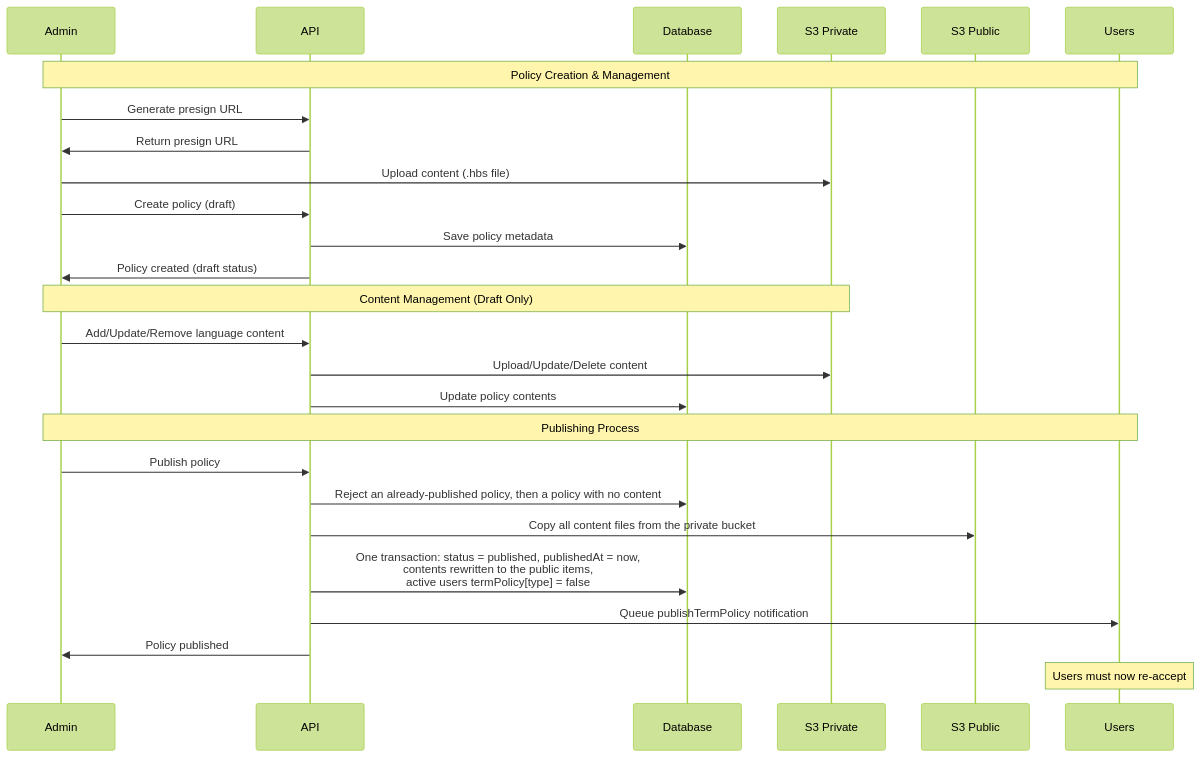
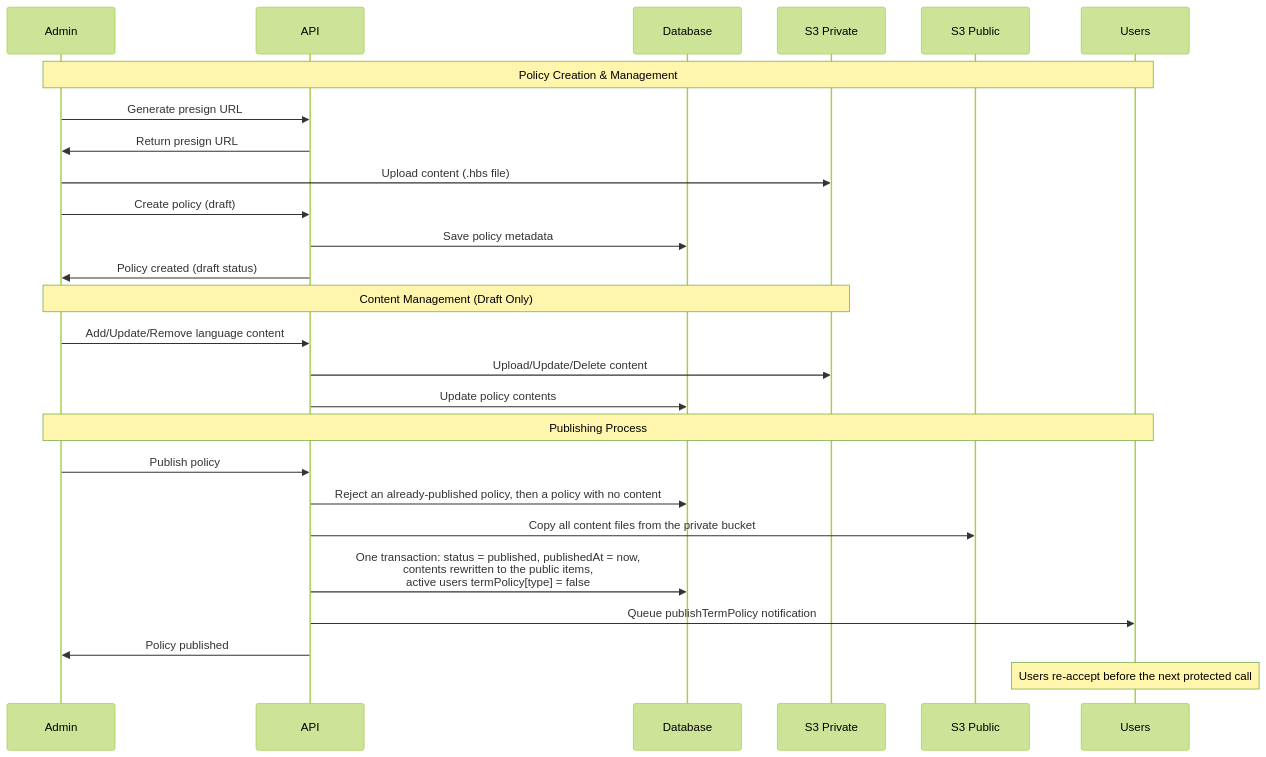
The first of 3 diagrams in docs/term-policy.md (andrechristikan/ack-nestjs-boilerplate), drawn with Mermaid (forest theme) before and after one commit. The commit also changed other lines of this file and 1013 other files, not shown here.

````diff
--- a/docs/term-policy.md
+++ b/docs/term-policy.md
@@ -88,36 +88,36 @@
 ```mermaid
 sequenceDiagram
     participant Admin
     participant API
     participant Database
     participant S3 Private
     participant S3 Public
     participant Users
 
     Note over Admin,Users: Policy Creation & Management
     
     Admin->>API: Generate presign URL
     API->>Admin: Return presign URL
     Admin->>S3 Private: Upload content (.hbs file)
     
     Admin->>API: Create policy (draft)
     API->>Database: Save policy metadata
     API->>Admin: Policy created (draft status)
     
     Note over Admin,S3 Private: Content Management (Draft Only)
     
     Admin->>API: Add/Update/Remove language content
     API->>S3 Private: Upload/Update/Delete content
     API->>Database: Update policy contents
     
     Note over Admin,Users: Publishing Process
     
     Admin->>API: Publish policy
     API->>Database: Reject an already-published policy, then a policy with no content
     API->>S3 Public: Copy all content files from the private bucket
     API->>Database: One transaction: status = published, publishedAt = now,<br/>contents rewritten to the public items,<br/>active users termPolicy[type] = false
     API->>Users: Queue publishTermPolicy notification
     API->>Admin: Policy published
     
-    Note over Users: Users must now re-accept
+    Note over Users: Users re-accept before the next protected call
 ```
````
